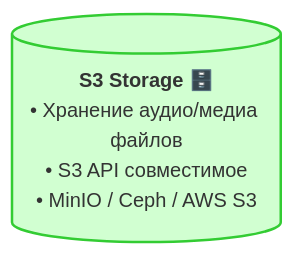
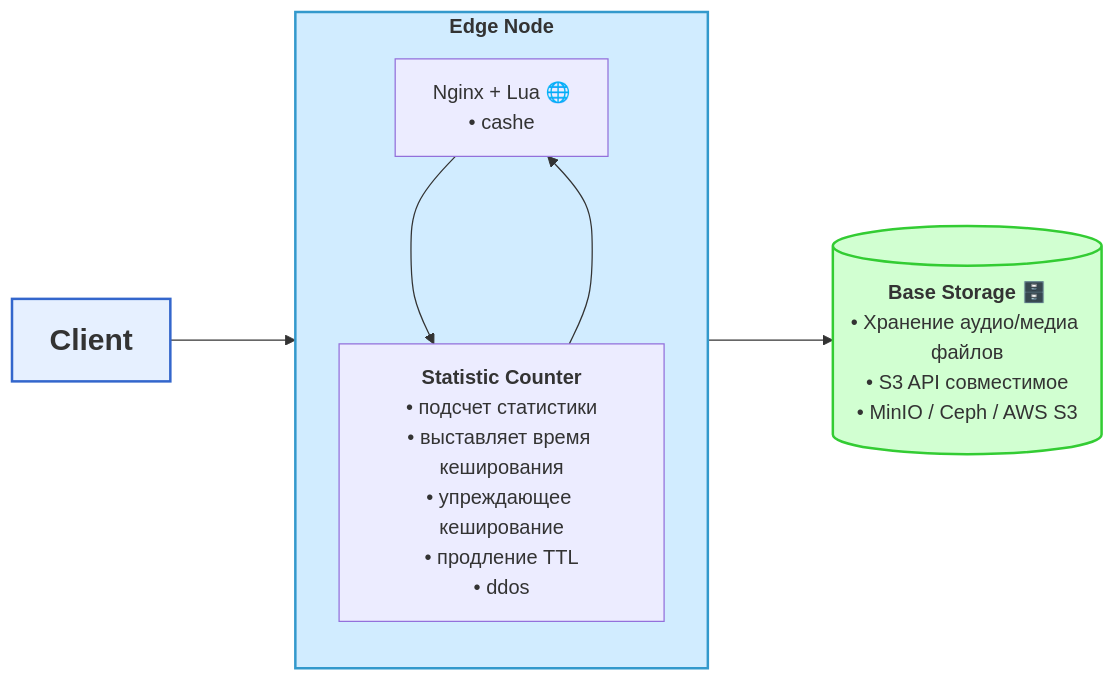
Before and after one commit to KmnPetr/SysDesign: the third of 3 diagrams in sdn.md, drawn with Mermaid. The commit also changed other lines of this file, not shown here.

````diff
--- a/sdn.md
+++ b/sdn.md
@@ -3,9 +67,25 @@
 ```mermaid
 graph LR
 
+    CLIENT["<b><font size='5'>Client</font></b>"]
 
-  S3_STORAGE[("<b>S3 Storage 🗄️</b><br/>• Хранение аудио/медиа файлов<br/>• S3 API совместимое<br/>• MinIO / Ceph / AWS S3")]
+    subgraph EDGE_NODE["<b>Edge Node</b>"]
+      direction TB
+      NGINX_LUA["Nginx + Lua 🌐<br/>• cashe"]
+      STAT_COUNTER["<b>Statistic Counter</b><br/>• подсчет статистики<br/>• выставляет время кеширования<br/>• упреждающее кеширование<br/>• продление TTL<br/>• ddos"]
+    end
 
-    style S3_STORAGE fill:#d1ffd1,stroke:#33cc33,stroke-width:2px
+
+    CLIENT ---> NGINX_LUA
+    NGINX_LUA --> STAT_COUNTER
+    STAT_COUNTER ---> NGINX_LUA
+
+    BASE_STORAGE[("<b>Base Storage 🗄️</b><br/>• Хранение аудио/медиа файлов<br/>• S3 API совместимое<br/>• MinIO / Ceph / AWS S3")]
+
+    NGINX_LUA ---> BASE_STORAGE
+
+    style EDGE_NODE fill:#d1ecff,stroke:#3399cc,stroke-width:2px
+    style CLIENT fill:#e6f0ff,stroke:#3366cc,stroke-width:2px
+    style BASE_STORAGE fill:#d1ffd1,stroke:#33cc33,stroke-width:2px
 
 ```
````
